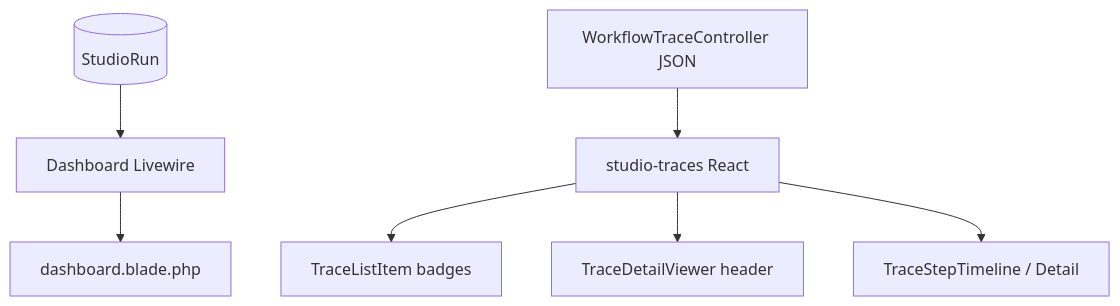
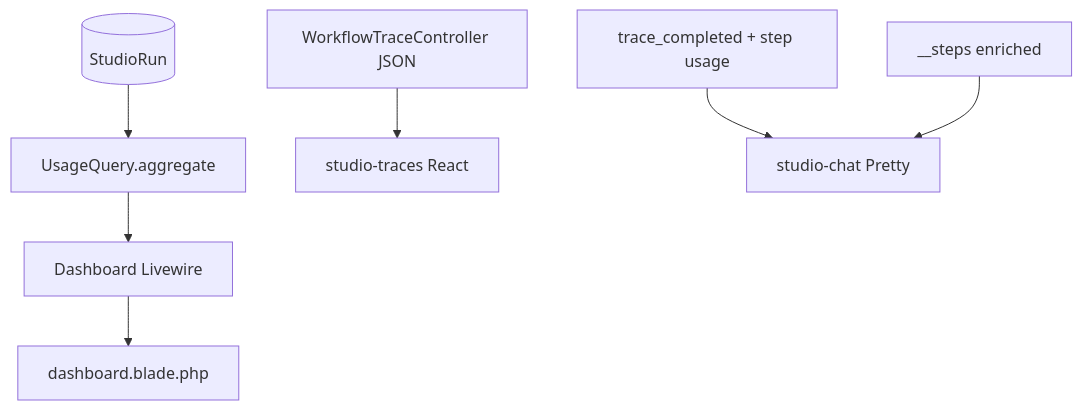
One commit to digitalelvis/neuronai-studio changed the diagram in .specs/features/usage-analytics/design.md. Above: the diagram before and after it, drawn with Mermaid. The commit also changed other lines of this file and 9 other files, not shown here.

````diff
--- a/.specs/features/usage-analytics/design.md
+++ b/.specs/features/usage-analytics/design.md
@@ -14,9 +14,9 @@
 ```mermaid
 flowchart TD
-    DB[(StudioRun)] --> LW[Dashboard Livewire]
+    DB[(StudioRun)] --> UQ[UsageQuery.aggregate]
+    UQ --> LW[Dashboard Livewire]
     LW --> VIEW[dashboard.blade.php]
-    API[WorkflowTraceController JSON] --> UI[studio-traces React]
-    UI --> LIST[TraceListItem badges]
-    UI --> DET[TraceDetailViewer header]
-    UI --> STEP[TraceStepTimeline / Detail]
+    API[WorkflowTraceController JSON] --> DBG[studio-traces React]
+    SSE[trace_completed + step usage] --> CHAT[studio-chat Pretty]
+    STEPS["__steps enriched"] --> CHAT
 ```
````
